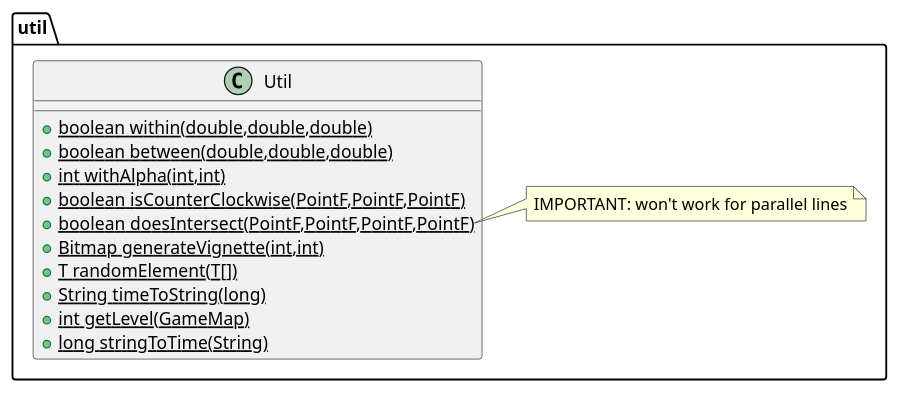
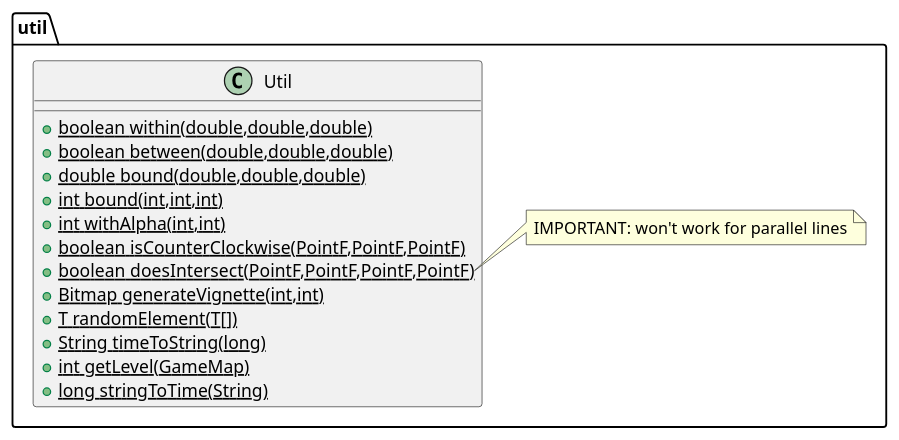
One commit to Avasay-Sayava/BagrutProject changed the diagram in ProjectApp/app/src/main/java/com/avasaysayava/bagrutproject/util/Util.puml. Above: the diagram before and after it, drawn with PlantUML. The commit also changed 10 other files, not shown here.

```diff
--- a/ProjectApp/app/src/main/java/com/avasaysayava/bagrutproject/util/Util.puml
+++ b/ProjectApp/app/src/main/java/com/avasaysayava/bagrutproject/util/Util.puml
@@ -1,18 +1,20 @@
 @startuml
 class util.Util {
 + {static} boolean within(double,double,double)
 + {static} boolean between(double,double,double)
++ {static} double bound(double,double,double)
++ {static} int bound(int,int,int)
 + {static} int withAlpha(int,int)
 + {static} boolean isCounterClockwise(PointF,PointF,PointF)
 + {static} boolean doesIntersect(PointF,PointF,PointF,PointF)
 + {static} Bitmap generateVignette(int,int)
 + {static} T randomElement(T[])
 + {static} String timeToString(long)
 + {static} int getLevel(GameMap)
 + {static} long stringToTime(String)
 }
 note right of util.Util::doesIntersect(PointF,PointF,PointF,PointF)
  IMPORTANT: won't work for parallel lines
 end note
 
 @enduml
```
